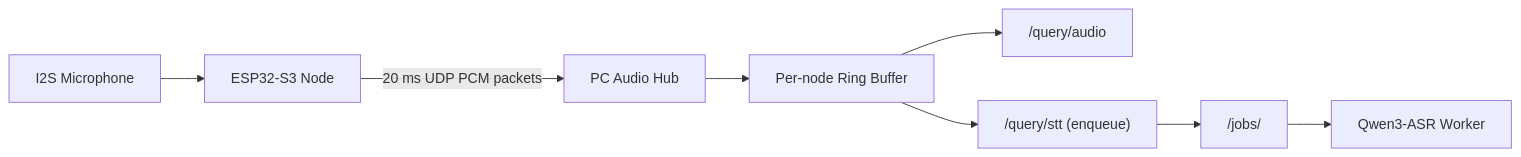
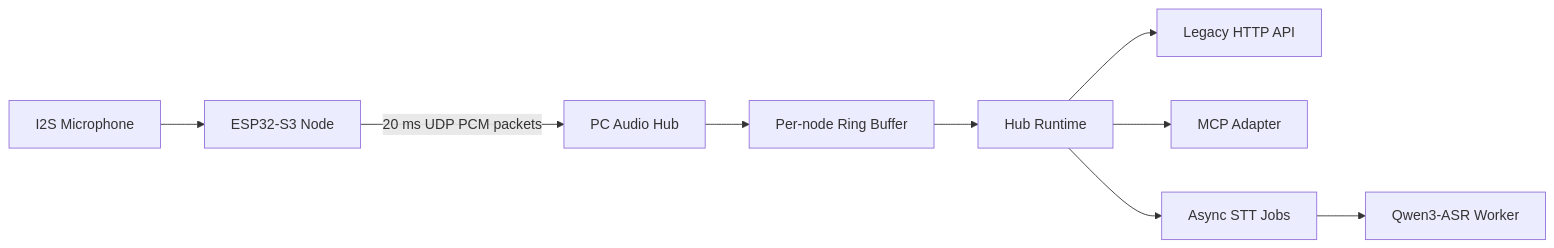
The second of 2 diagrams in README.md (Tobi1chi/EchoTrigger), drawn with Mermaid before and after one commit. The commit also changed other lines of this file and 14 other files, not shown here.

Commit message:
Add MCP adapter for pc_hub

````diff
--- a/README.md
+++ b/README.md
@@ -66,10 +66,11 @@
 ```mermaid
 flowchart LR
   mic["I2S Microphone"] --> esp["ESP32-S3 Node"]
   esp -->|"20 ms UDP PCM packets"| hub["PC Audio Hub"]
   hub --> ring["Per-node Ring Buffer"]
-  ring --> audio["/query/audio"]
-  ring --> stt["/query/stt (enqueue)"]
-  stt --> jobs["/jobs/<job_id>"]
+  ring --> runtime["Hub Runtime"]
+  runtime --> legacy["Legacy HTTP API"]
+  runtime --> mcp["MCP Adapter"]
+  runtime --> jobs["Async STT Jobs"]
   jobs --> asr["Qwen3-ASR Worker"]
 ```
````
